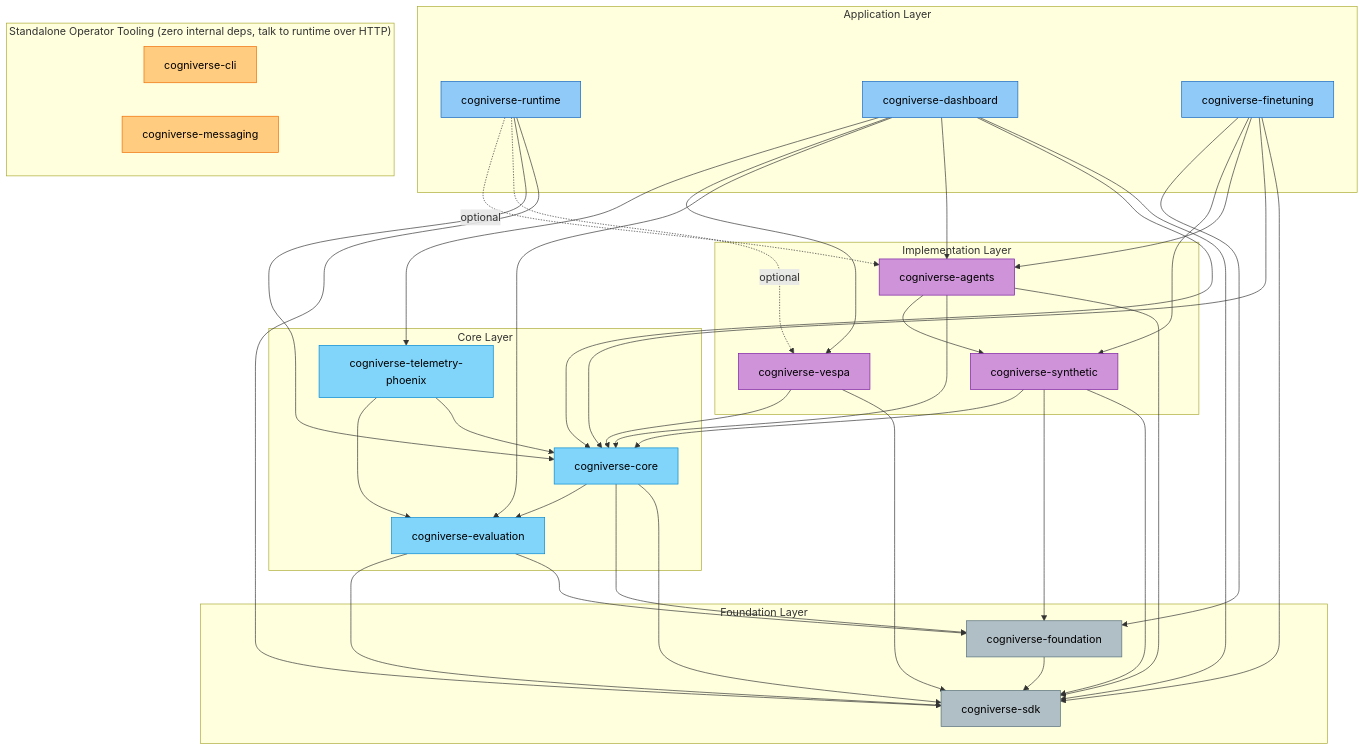
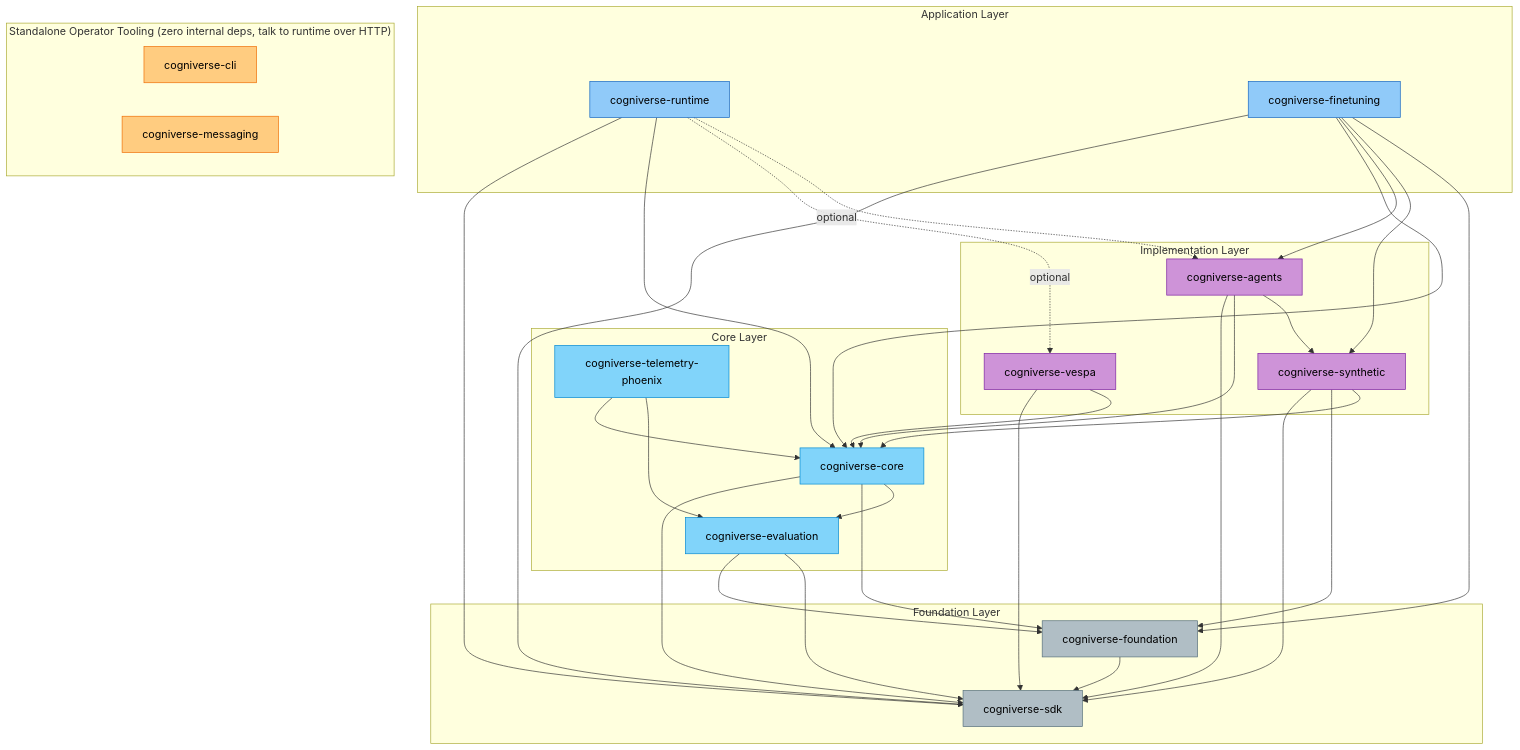
One commit to amit-jain/cogniverse changed the diagram in docs/development/learning-path.md. Above: the diagram before and after it, drawn with Mermaid. The commit also changed other lines of this file and 241 other files, not shown here.

````diff
--- a/docs/development/learning-path.md
+++ b/docs/development/learning-path.md
@@ -17,77 +17,70 @@
 ```mermaid
 flowchart TD
     subgraph APP["Application Layer"]
         runtime["cogniverse-runtime"]
-        dashboard["cogniverse-dashboard"]
         finetuning["cogniverse-finetuning"]
     end
 
     subgraph TOOLS["Standalone Operator Tooling (zero internal deps, talk to runtime over HTTP)"]
         cli["cogniverse-cli"]
         messaging["cogniverse-messaging"]
     end
 
     subgraph IMPL["Implementation Layer"]
         agents["cogniverse-agents"]
         vespa["cogniverse-vespa"]
         synthetic["cogniverse-synthetic"]
     end
 
     subgraph CORE["Core Layer"]
         core["cogniverse-core"]
         evaluation["cogniverse-evaluation"]
         telemetry["cogniverse-telemetry-phoenix"]
     end
 
     subgraph FOUND["Foundation Layer"]
         foundation["cogniverse-foundation"]
         sdk["cogniverse-sdk"]
     end
 
     runtime --> sdk
     runtime --> core
     runtime -.->|optional| vespa
     runtime -.->|optional| agents
-    dashboard --> sdk
-    dashboard --> core
-    dashboard --> agents
-    dashboard --> evaluation
-    dashboard --> vespa
-    dashboard --> telemetry
     finetuning --> sdk
     finetuning --> core
     finetuning --> agents
     finetuning --> synthetic
     finetuning --> foundation
 
     agents --> sdk
     agents --> core
     agents --> synthetic
     vespa --> sdk
     vespa --> core
     synthetic --> sdk
     synthetic --> foundation
     synthetic --> core
 
     core --> sdk
     core --> foundation
     core --> evaluation
     evaluation --> foundation
     evaluation --> sdk
     telemetry --> core
     telemetry --> evaluation
 
     foundation --> sdk
 
     classDef appLayer fill:#90caf9,stroke:#1565c0,color:#000
     classDef toolLayer fill:#ffcc80,stroke:#ef6c00,color:#000
     classDef implLayer fill:#ce93d8,stroke:#7b1fa2,color:#000
     classDef coreLayer fill:#81d4fa,stroke:#0288d1,color:#000
     classDef foundLayer fill:#b0bec5,stroke:#546e7a,color:#000
 
-    class runtime,dashboard,finetuning appLayer
+    class runtime,finetuning appLayer
     class cli,messaging toolLayer
     class agents,vespa,synthetic implLayer
     class core,evaluation,telemetry coreLayer
     class foundation,sdk foundLayer
 ```
````
